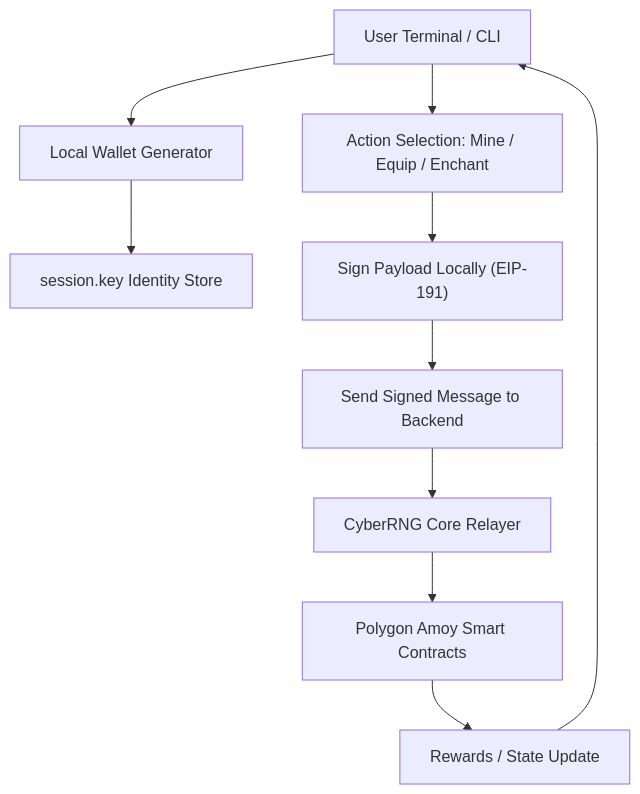
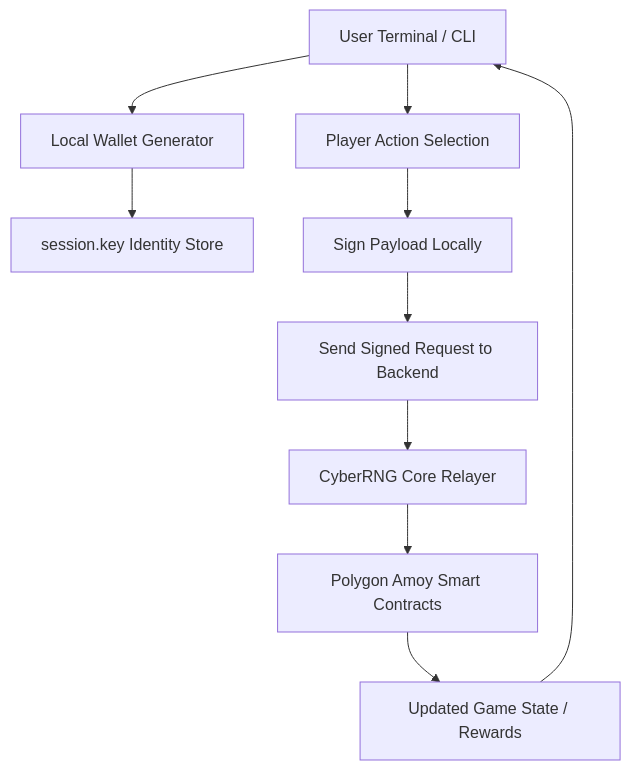
One commit to rafidef/cyber-rng-client changed the diagram in README.md. Above: the diagram before and after it, drawn with Mermaid. The commit also changed other lines of this file, not shown here.

````diff
--- a/README.md
+++ b/README.md
@@ -132,12 +186,15 @@
 ```mermaid
 flowchart TD
     A["User Terminal / CLI"] --> B["Local Wallet Generator"]
     B --> C["session.key Identity Store"]
-    A --> D["Action Selection: Mine / Equip / Enchant"]
-    D --> E["Sign Payload Locally (EIP-191)"]
-    E --> F["Send Signed Message to Backend"]
+
+    A --> D["Player Action Selection"]
+    D --> E["Sign Payload Locally"]
+    E --> F["Send Signed Request to Backend"]
+
     F --> G["CyberRNG Core Relayer"]
     G --> H["Polygon Amoy Smart Contracts"]
-    H --> I["Rewards / State Update"]
+
+    H --> I["Updated Game State / Rewards"]
     I --> A
 ```
````
